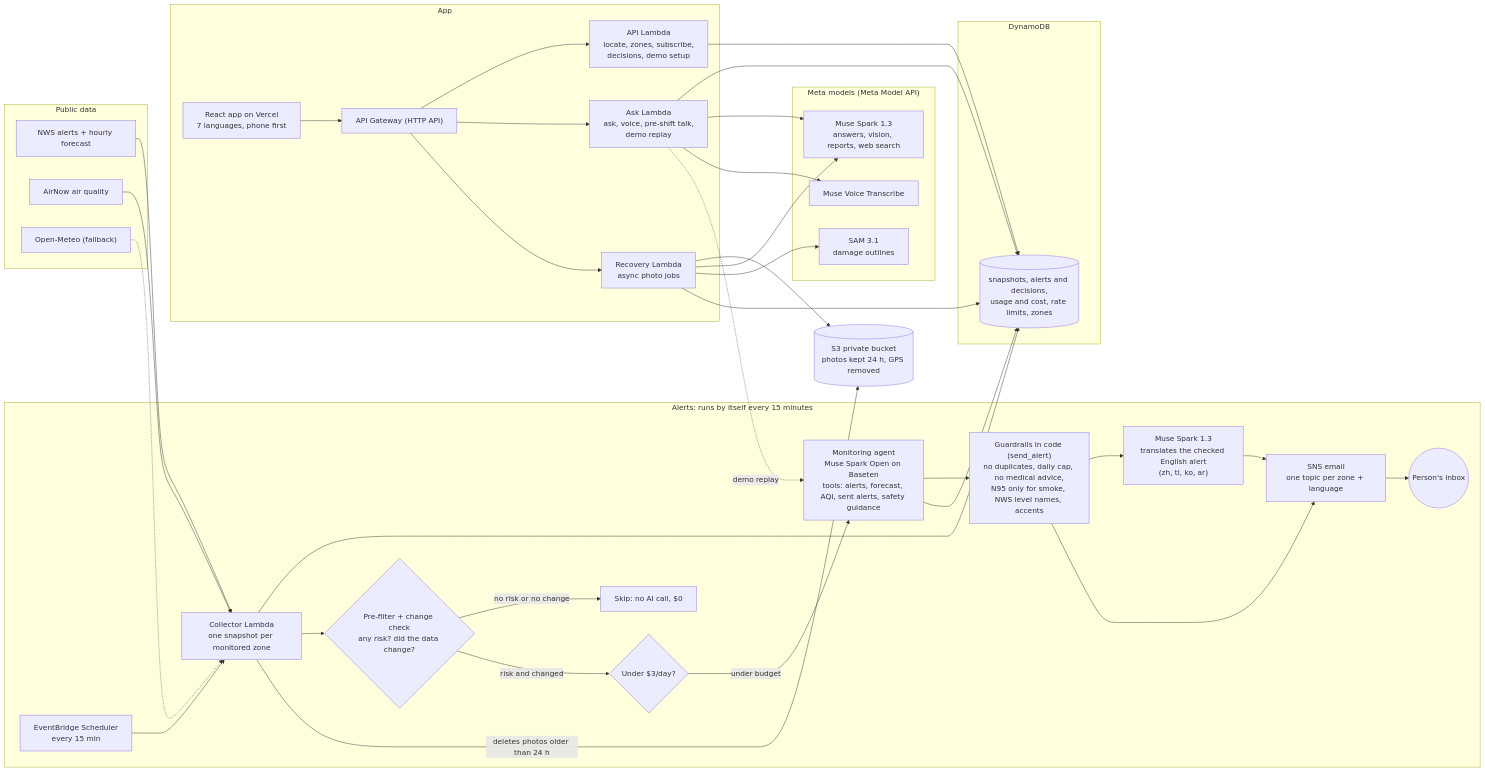
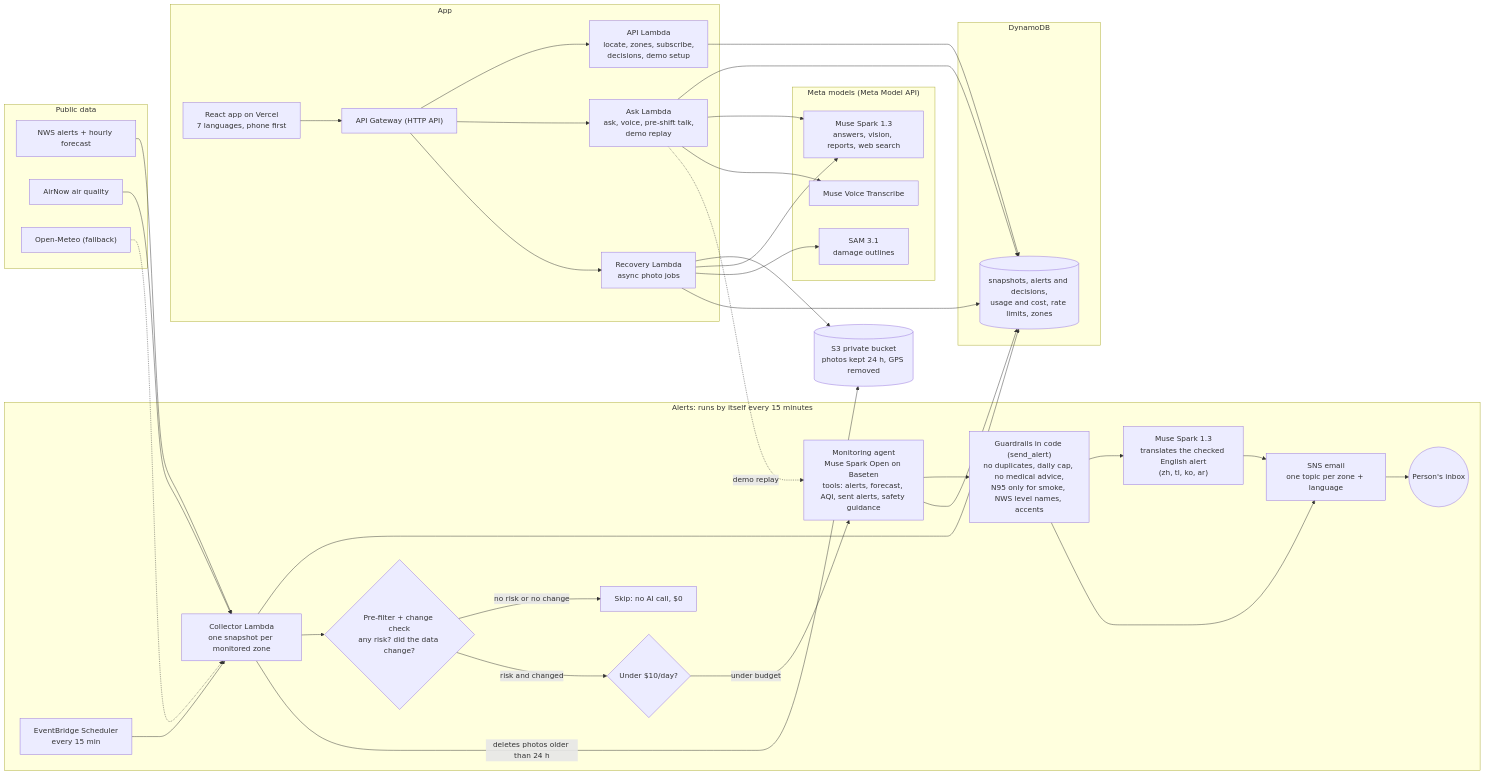
One commit to dangkhoa241/ClimateGuard changed the diagram in README.md. Above: the diagram before and after it, drawn with Mermaid. The commit also changed other lines of this file and 5 other files, not shown here.

````diff
--- a/README.md
+++ b/README.md
@@ -65,72 +65,72 @@
 ```mermaid
 flowchart LR
   subgraph DATA["Public data"]
     NWS["NWS alerts + hourly forecast"]
     AIR["AirNow air quality"]
     OM["Open-Meteo (fallback)"]
   end
 
   subgraph ALERTS["Alerts: runs by itself every 15 minutes"]
     EB["EventBridge Scheduler<br/>every 15 min"]
     COL["Collector Lambda<br/>one snapshot per monitored zone"]
     PRE{"Pre-filter + change check<br/>any risk? did the data change?"}
     SKIP["Skip: no AI call, $0"]
-    BUD{"Under $3/day?"}
+    BUD{"Under $10/day?"}
     AGENT["Monitoring agent<br/>Muse Spark Open on Baseten<br/>tools: alerts, forecast, AQI, sent alerts, safety guidance"]
     GUARD["Guardrails in code (send_alert)<br/>no duplicates, daily cap, no medical advice,<br/>N95 only for smoke, NWS level names, accents"]
     TR["Muse Spark 1.3<br/>translates the checked English alert<br/>(zh, tl, ko, ar)"]
     SNS["SNS email<br/>one topic per zone + language"]
     PERSON(("Person's inbox"))
   end
 
   subgraph STORE["DynamoDB"]
     DB[("snapshots, alerts and decisions,<br/>usage and cost, rate limits, zones")]
   end
 
   subgraph APP["App"]
     FE["React app on Vercel<br/>7 languages, phone first"]
     API["API Gateway (HTTP API)"]
     L1["API Lambda<br/>locate, zones, subscribe,<br/>decisions, demo setup"]
     L2["Ask Lambda<br/>ask, voice, pre-shift talk,<br/>demo replay"]
     L3["Recovery Lambda<br/>async photo jobs"]
   end
 
   subgraph MODELS["Meta models (Meta Model API)"]
     MS["Muse Spark 1.3<br/>answers, vision, reports, web search"]
     VT["Muse Voice Transcribe"]
     SAM["SAM 3.1<br/>damage outlines"]
   end
 
   S3[("S3 private bucket<br/>photos kept 24 h, GPS removed")]
 
   NWS --> COL
   AIR --> COL
   OM -.-> COL
   EB --> COL
   COL --> DB
   COL --> PRE
   PRE -- "no risk or no change" --> SKIP
   PRE -- "risk and changed" --> BUD
   BUD -- "under budget" --> AGENT
   AGENT --> GUARD
   GUARD --> TR
   TR --> SNS
   GUARD --> SNS
   SNS --> PERSON
   AGENT --> DB
   COL -- "deletes photos older than 24 h" --> S3
 
   FE --> API
   API --> L1
   API --> L2
   API --> L3
   L1 --> DB
   L2 --> DB
   L2 --> MS
   L2 --> VT
   L2 -. "demo replay" .-> AGENT
   L3 --> S3
   L3 --> MS
   L3 --> SAM
   L3 --> DB
 ```
````
